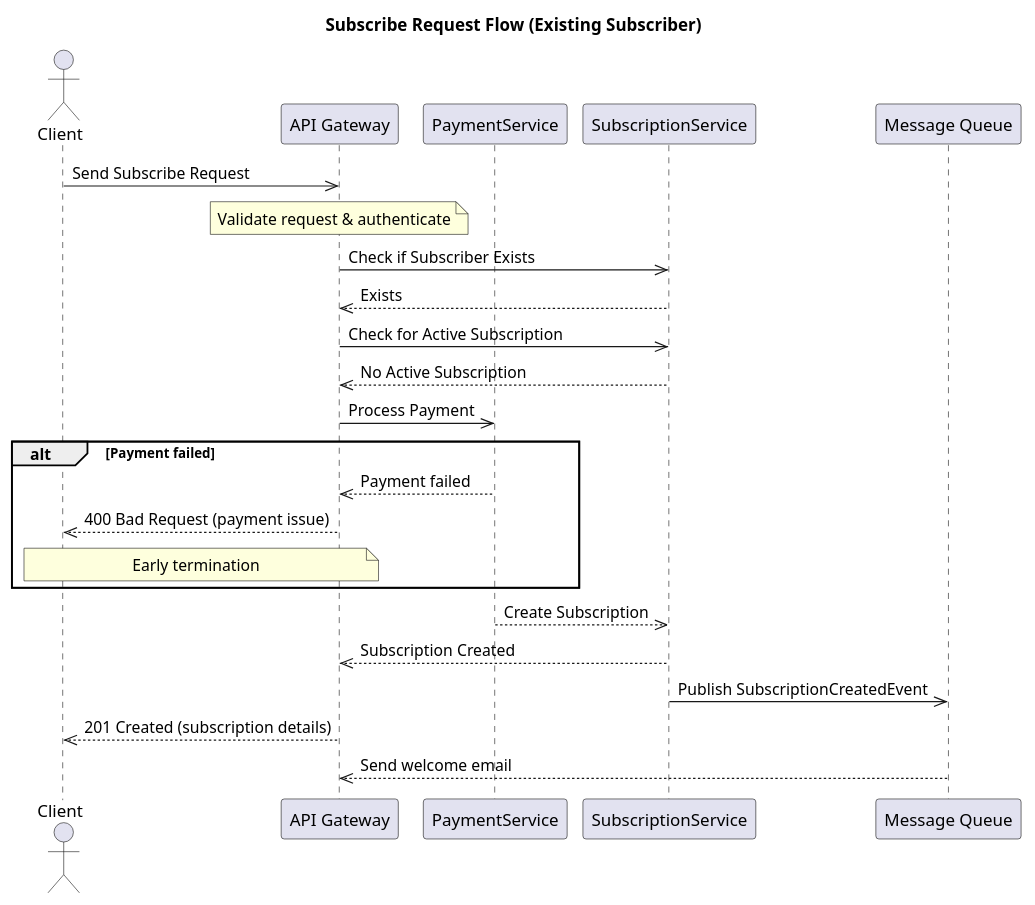
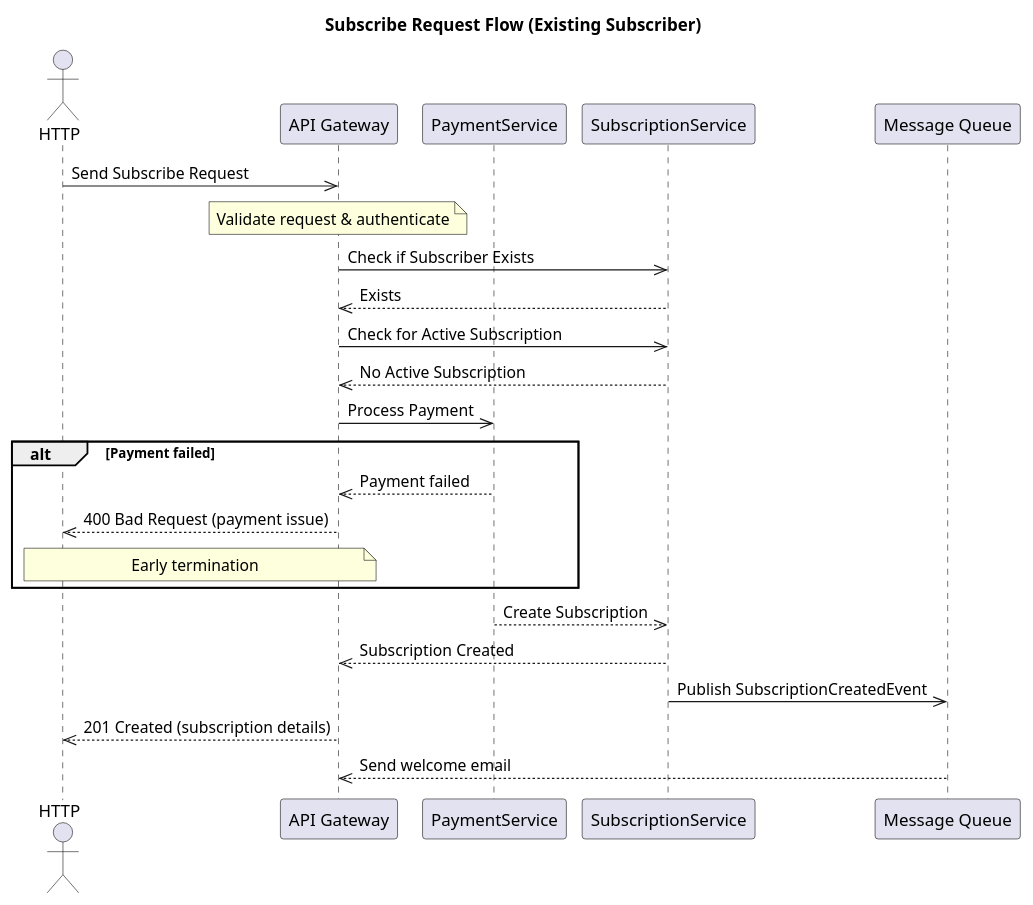
One commit to diasjakupov/golang_subscription_micro changed the second of 6 diagrams in sequence_diagram.md. Above: the diagram before and after it, drawn with PlantUML. The commit also changed other lines of this file and 23 other files, not shown here.

```diff
--- a/sequence_diagram.md
+++ b/sequence_diagram.md
@@ -36,35 +36,35 @@
 @startuml
 title Subscribe Request Flow (Existing Subscriber)
 
-actor Client
+actor HTTP
 participant API as "API Gateway"
 participant Payment as "PaymentService"
 participant Subscription as "SubscriptionService"
 participant Queue as "Message Queue"
 
-Client->>API: Send Subscribe Request
+HTTP->>API: Send Subscribe Request
 note over API: Validate request & authenticate
 
 API->>Subscription: Check if Subscriber Exists
 Subscription-->>API: Exists
 
 API->>Subscription: Check for Active Subscription
 Subscription-->>API: No Active Subscription
 
 API->>Payment: Process Payment
 alt Payment failed
     Payment-->>API: Payment failed
-    API-->>Client: 400 Bad Request (payment issue)
-    note over Client, API: Early termination
+    API-->>HTTP: 400 Bad Request (payment issue)
+    note over HTTP, API: Early termination
 end
 
 Payment-->>Subscription: Create Subscription
 Subscription-->>API: Subscription Created
 
 Subscription->>Queue: Publish SubscriptionCreatedEvent
 
-API-->>Client: 201 Created (subscription details)
+API-->>HTTP: 201 Created (subscription details)
 
 Queue-->>API: Send welcome email  
 
 @enduml
```
